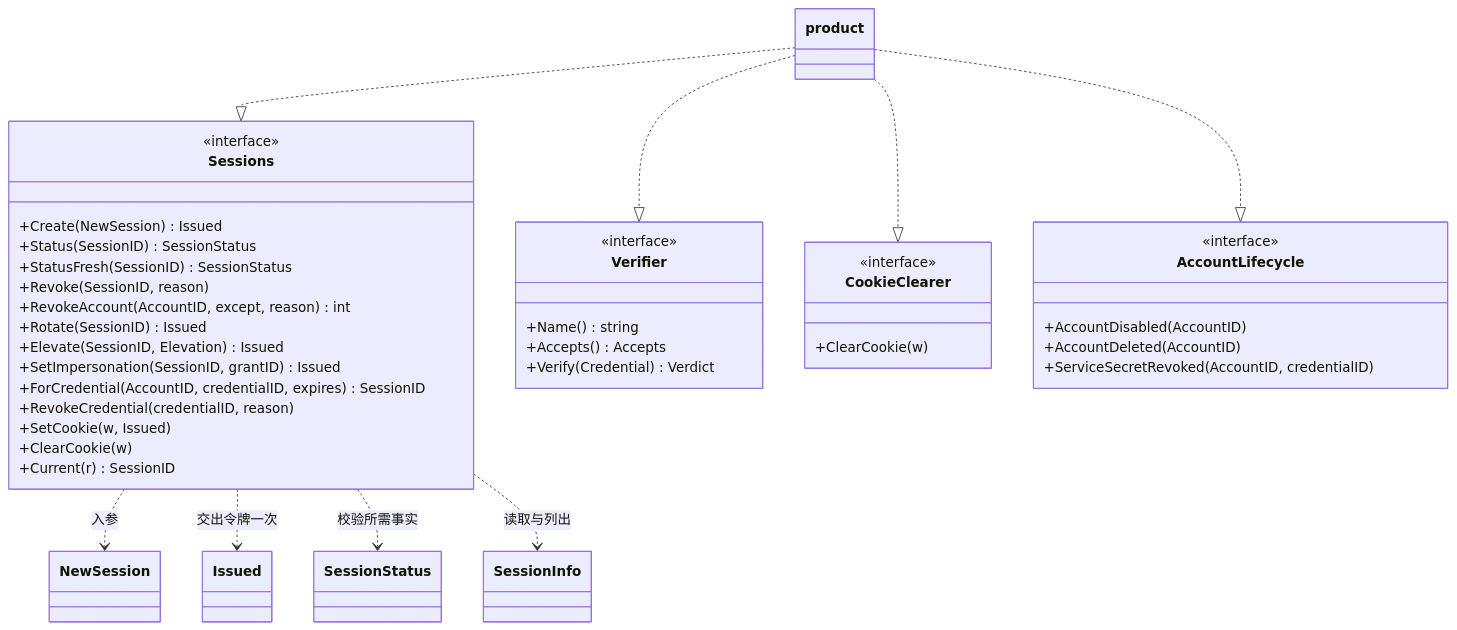
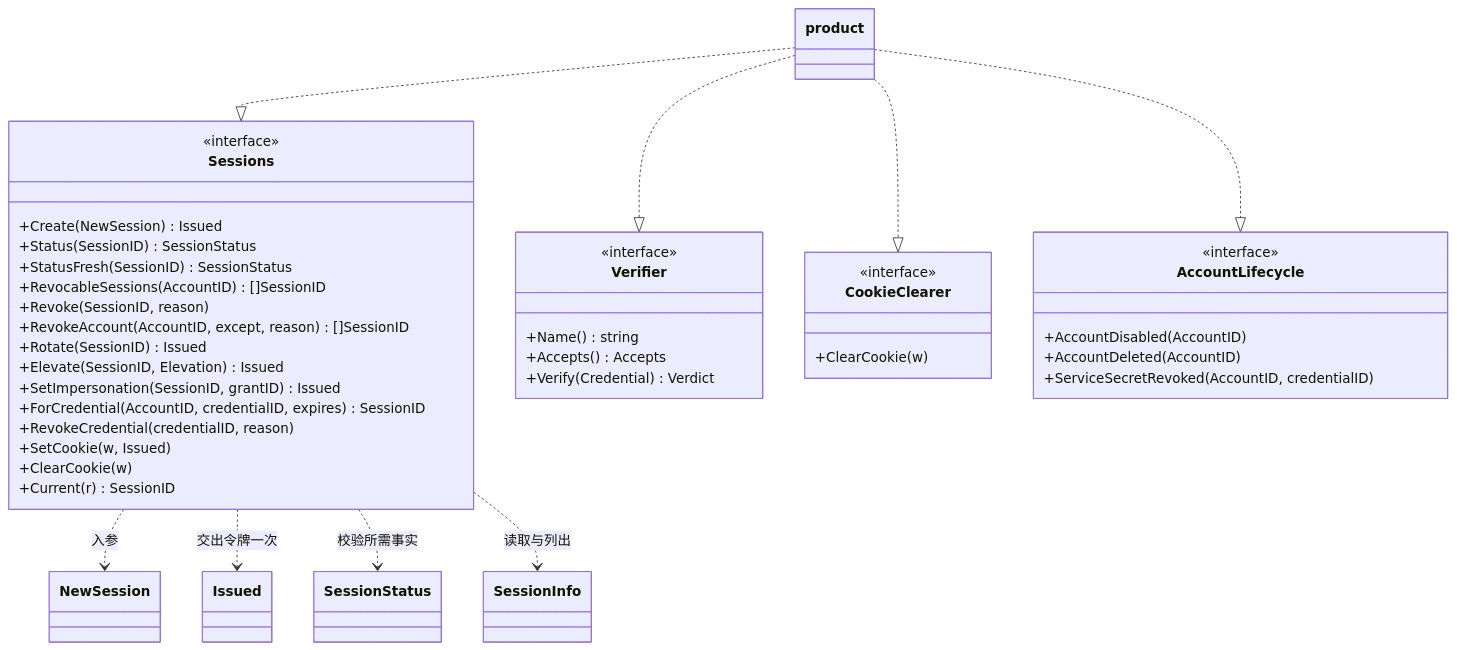
One commit to wangzw/speed changed the first of 4 diagrams in docs/design/modules/authn/design-authn-session.md. Above: the diagram before and after it, drawn with Mermaid. The commit also changed other lines of this file and 14 other files, not shown here.

````diff
--- a/docs/design/modules/authn/design-authn-session.md
+++ b/docs/design/modules/authn/design-authn-session.md
@@ -167,48 +169,49 @@
 ```mermaid
 classDiagram
     class Sessions {
         <<interface>>
         +Create(NewSession) Issued
         +Status(SessionID) SessionStatus
         +StatusFresh(SessionID) SessionStatus
+        +RevocableSessions(AccountID) []SessionID
         +Revoke(SessionID, reason)
-        +RevokeAccount(AccountID, except, reason) int
+        +RevokeAccount(AccountID, except, reason) []SessionID
         +Rotate(SessionID) Issued
         +Elevate(SessionID, Elevation) Issued
         +SetImpersonation(SessionID, grantID) Issued
         +ForCredential(AccountID, credentialID, expires) SessionID
         +RevokeCredential(credentialID, reason)
         +SetCookie(w, Issued)
         +ClearCookie(w)
         +Current(r) SessionID
     }
     class Verifier {
         <<interface>>
         +Name() string
         +Accepts() Accepts
         +Verify(Credential) Verdict
     }
     class CookieClearer {
         <<interface>>
         +ClearCookie(w)
     }
     class AccountLifecycle {
         <<interface>>
         +AccountDisabled(AccountID)
         +AccountDeleted(AccountID)
         +ServiceSecretRevoked(AccountID, credentialID)
     }
     class product
     class NewSession
     class Issued
     class SessionStatus
     class SessionInfo
     product ..|> Sessions
     product ..|> Verifier
     product ..|> CookieClearer
     product ..|> AccountLifecycle
     Sessions ..> NewSession : 入参
     Sessions ..> Issued : 交出令牌一次
     Sessions ..> SessionStatus : 校验所需事实
     Sessions ..> SessionInfo : 读取与列出
 ```
````
